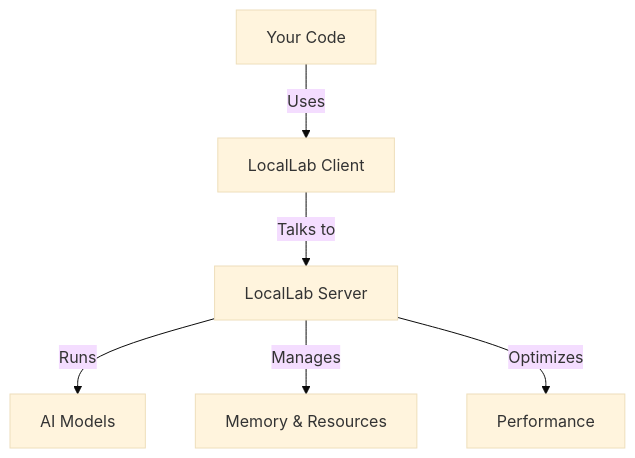
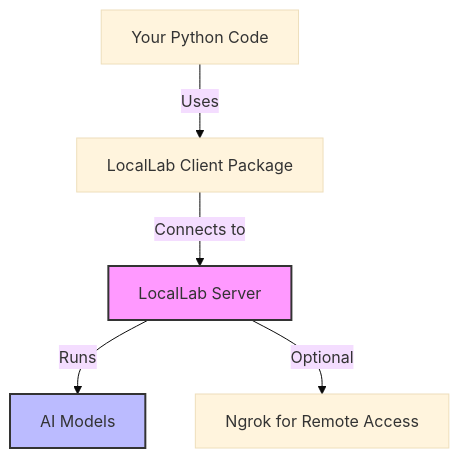
The first of 2 diagrams in README.md (UtkarshTheDev/LocalLab), drawn with Mermaid (base theme) before and after one commit. The commit also changed other lines of this file and 19 other files, not shown here.

````diff
--- a/README.md
+++ b/README.md
@@ -9,8 +32,9 @@
 ```mermaid
 graph TD
-    A[Your Code] -->|Uses| B[LocalLab Client]
-    B -->|Talks to| C[LocalLab Server]
+    A[Your Python Code] -->|Uses| B[LocalLab Client Package]
+    B -->|Connects to| C[LocalLab Server]
     C -->|Runs| D[AI Models]
-    C -->|Manages| E[Memory & Resources]
-    C -->|Optimizes| F[Performance]
+    C -->|Optional| E[Ngrok for Remote Access]
+    style C fill:#f9f,stroke:#333,stroke-width:2px
+    style D fill:#bbf,stroke:#333,stroke-width:2px
 ```
````
